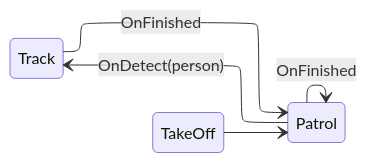
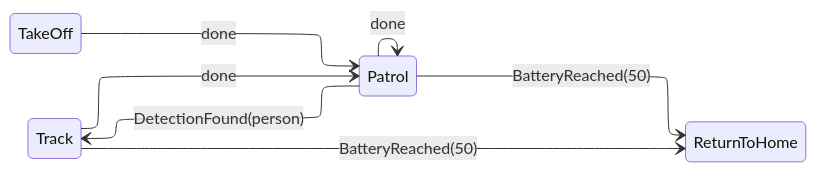
Before and after one commit to cmusatyalab/steeleagle: the first of 7 diagrams in docs/docs/sdk/guide/dsl/structure.md, drawn with Mermaid. The commit also changed other lines of this file and 95 other files, not shown here.

````diff
--- a/docs/docs/sdk/guide/dsl/structure.md
+++ b/docs/docs/sdk/guide/dsl/structure.md
@@ -20,13 +47,15 @@
     ```mermaid
     ---
     config:
       layout: elk
       theme: default
     ---
     stateDiagram-v2
         direction LR
-        TakeOff --> Patrol
-        Patrol --> Patrol: OnFinished
-        Patrol --> Track: OnDetect(person)
-        Track --> Patrol: OnFinished
+        TakeOff --> Patrol: done
+        Patrol --> Patrol: done
+        Patrol --> Track: DetectionFound(person)
+        Track --> Patrol: done
+        Track --> ReturnToHome: BatteryReached(50)
+        Patrol --> ReturnToHome: BatteryReached(50)
     ```
````
